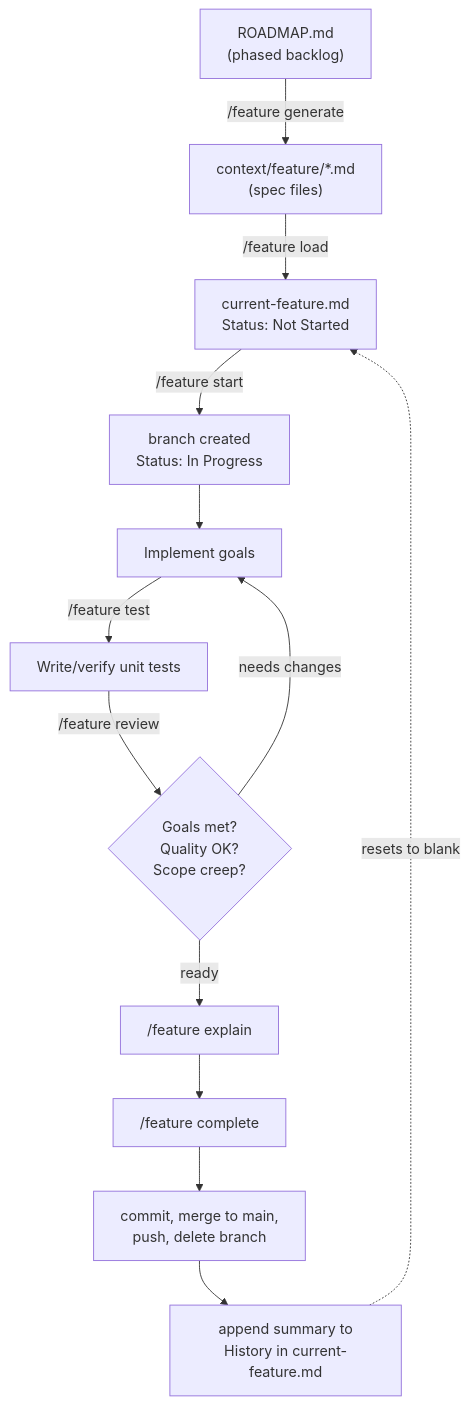
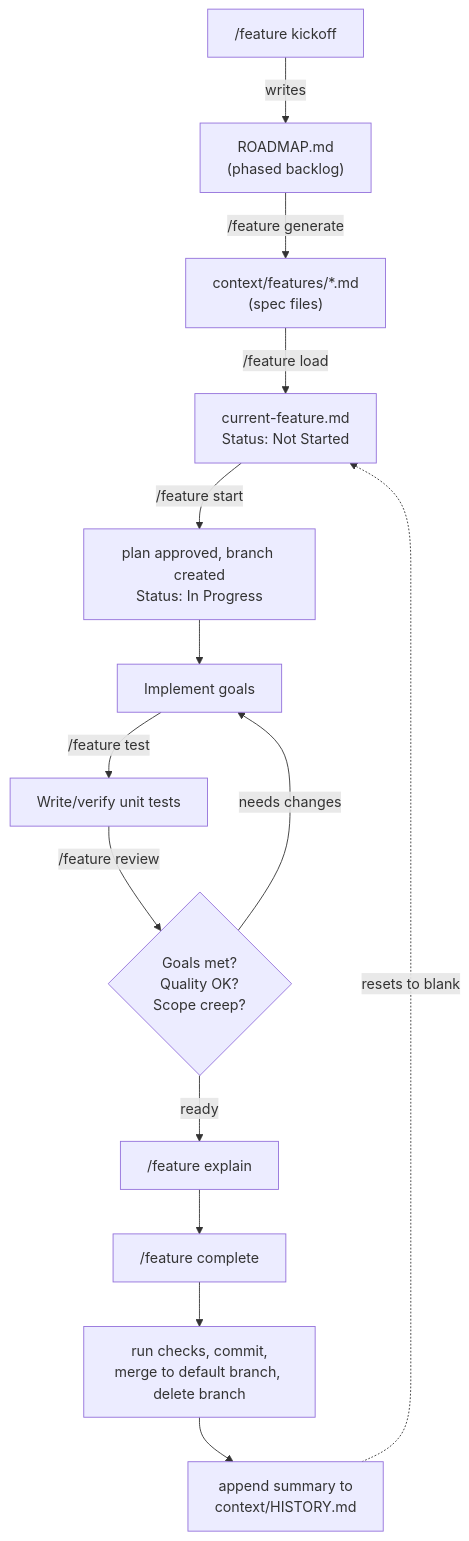
One commit to keff6/ai-workflow changed the first of 2 diagrams in README.md. Above: the diagram before and after it, drawn with Mermaid. The commit also changed other lines of this file and 19 other files, not shown here.

Commit message:
feat: add /feature kickoff and lite workflow mode

````diff
--- a/README.md
+++ b/README.md
@@ -43,15 +65,16 @@
 ```mermaid
 flowchart TD
-    RM["ROADMAP.md<br/>(phased backlog)"] -->|"/feature generate"| SPEC["context/feature/*.md<br/>(spec files)"]
+    RM["ROADMAP.md<br/>(phased backlog)"] -->|"/feature generate"| SPEC["context/features/*.md<br/>(spec files)"]
     SPEC -->|"/feature load"| CF["current-feature.md<br/>Status: Not Started"]
-    CF -->|"/feature start"| BR["branch created<br/>Status: In Progress"]
+    KO["/feature kickoff"] -->|"writes"| RM
+    CF -->|"/feature start"| BR["plan approved, branch created<br/>Status: In Progress"]
     BR --> IMPL["Implement goals"]
     IMPL -->|"/feature test"| TEST["Write/verify unit tests"]
     TEST -->|"/feature review"| REV{"Goals met?<br/>Quality OK?<br/>Scope creep?"}
     REV -- "needs changes" --> IMPL
     REV -- "ready" --> EXP["/feature explain"]
     EXP --> COMP["/feature complete"]
-    COMP --> MERGE["commit, merge to main,<br/>push, delete branch"]
-    MERGE --> HIST["append summary to<br/>History in current-feature.md"]
+    COMP --> MERGE["run checks, commit,<br/>merge to default branch, delete branch"]
+    MERGE --> HIST["append summary to<br/>context/HISTORY.md"]
     HIST -.resets to blank.-> CF
 ```
````
